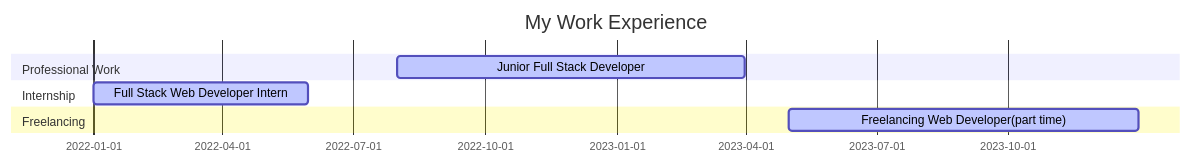
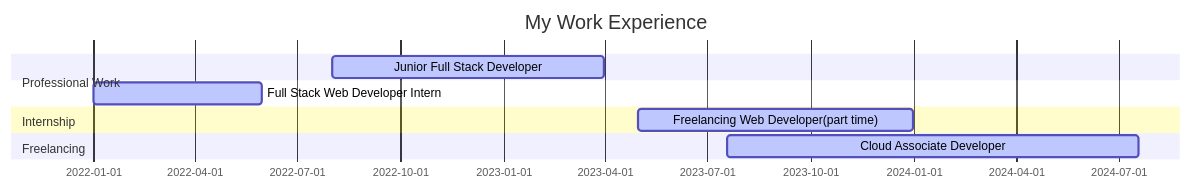
The diagram in README.md (Ultrahalf/Ultrahalf), drawn with Mermaid before and after one commit.

````diff
--- a/README.md
+++ b/README.md
@@ -16,14 +16,17 @@
 ```mermaid
 gantt
     dateFormat  YYYY-MM-DD
     title My Work Experience
 
     section Professional Work
     Junior Full Stack Developer :active, 2022-08-01, 2023-03-31
 
     section Internship
     Full Stack Web Developer Intern :active, 2022-01-01, 2022-05-31
 
     section Freelancing
     Freelancing Web Developer(part time) :active, 2023-05-01, 2023-12-31
+
+    section Professional Work
+    Cloud Associate Developer :active, 2023-07-19, 2024-07-19
 ```
````
